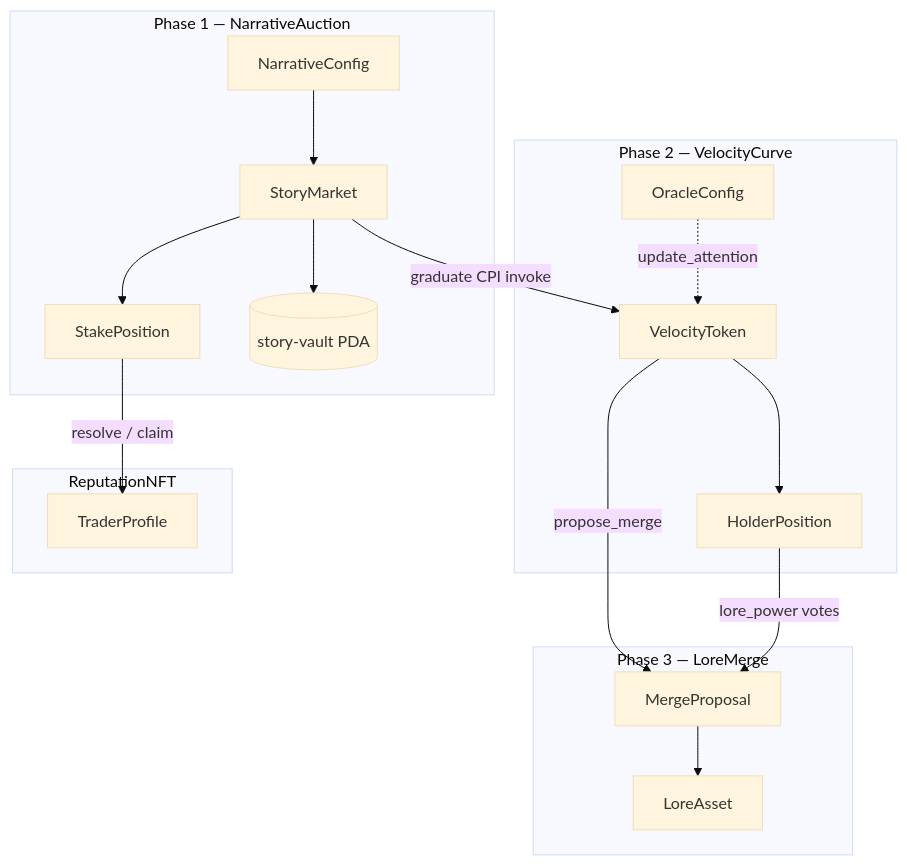
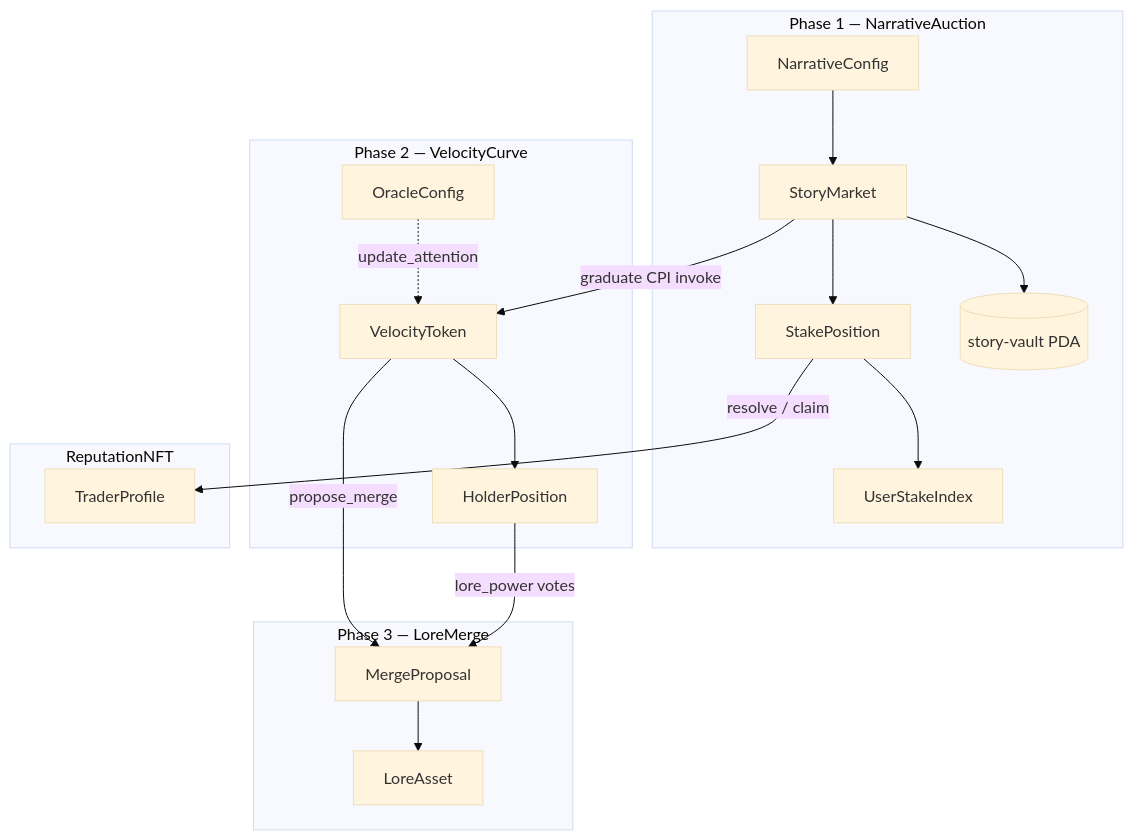
Before and after one commit to mcontwitter-glitch/TrendingDrop: the diagram in ARCHITECTURE.md, drawn with Mermaid (base theme). The commit also changed other lines of this file and 35 other files, not shown here.

First line of the commit message:
Later architecture: UserStakeIndex, Metaplex reputation mint, cross-chain stubs

````diff
--- a/ARCHITECTURE.md
+++ b/ARCHITECTURE.md
@@ -31,35 +31,37 @@
 ```mermaid
 flowchart TB
   subgraph Phase1["Phase 1 — NarrativeAuction"]
     NC[NarrativeConfig]
     SM[StoryMarket]
     SP[StakePosition]
+    USI[UserStakeIndex]
     V[(story-vault PDA)]
     NC --> SM
     SM --> SP
+    SP --> USI
     SM --> V
   end
 
   subgraph Phase2["Phase 2 — VelocityCurve"]
     VT[VelocityToken]
     HP[HolderPosition]
     OC[OracleConfig]
     VT --> HP
     OC -.->|update_attention| VT
   end
 
   subgraph Phase3["Phase 3 — LoreMerge"]
     MP[MergeProposal]
     LA[LoreAsset]
     MP --> LA
   end
 
   subgraph Rep["ReputationNFT"]
     TP[TraderProfile]
   end
 
   SM -->|graduate CPI invoke| VT
   VT -->|propose_merge| MP
   SP -->|resolve / claim| TP
   HP -->|lore_power votes| MP
 ```
````
